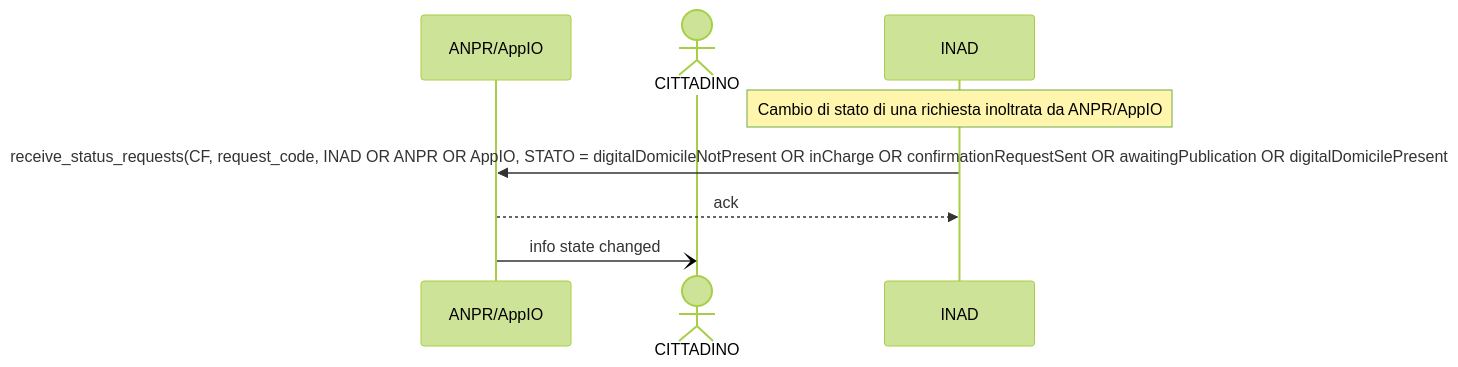
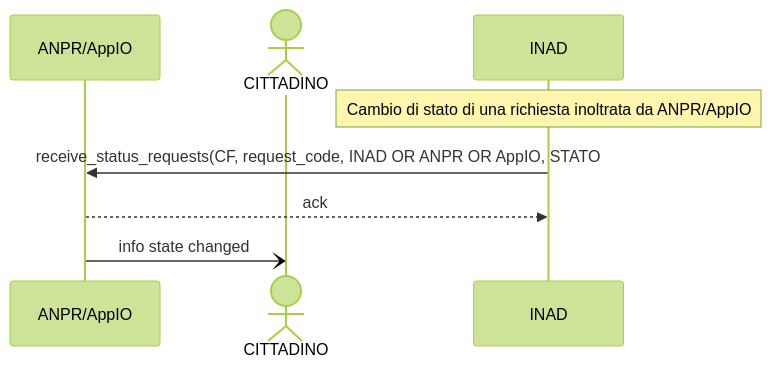
One commit to ioggstream/verify_integration_INAD_with_ANPR-IO changed the diagram in mermind/UC007.md. Above: the diagram before and after it, drawn with Mermaid (forest theme).

Commit message:
fixed UC001 e UC007, added data model and API declaration

````diff
--- a/mermind/UC007.md
+++ b/mermind/UC007.md
@@ -3,13 +3,13 @@
 ```mermaid
  sequenceDiagram
   participant A as ANPR/AppIO
   actor C as CITTADINO
   participant I as INAD
 
   Note over I: Cambio di stato di una richiesta inoltrata da ANPR/AppIO
 
-  I ->> A: receive_status_requests(CF, request_code, INAD OR ANPR OR AppIO, STATO = digitalDomicileNotPresent OR inCharge OR confirmationRequestSent OR awaitingPublication OR digitalDomicilePresent
+  I ->> A: receive_status_requests(CF, request_code, INAD OR ANPR OR AppIO, STATO
   A -->> I: ack
   A -) C: info state changed 
 
 ```
````
